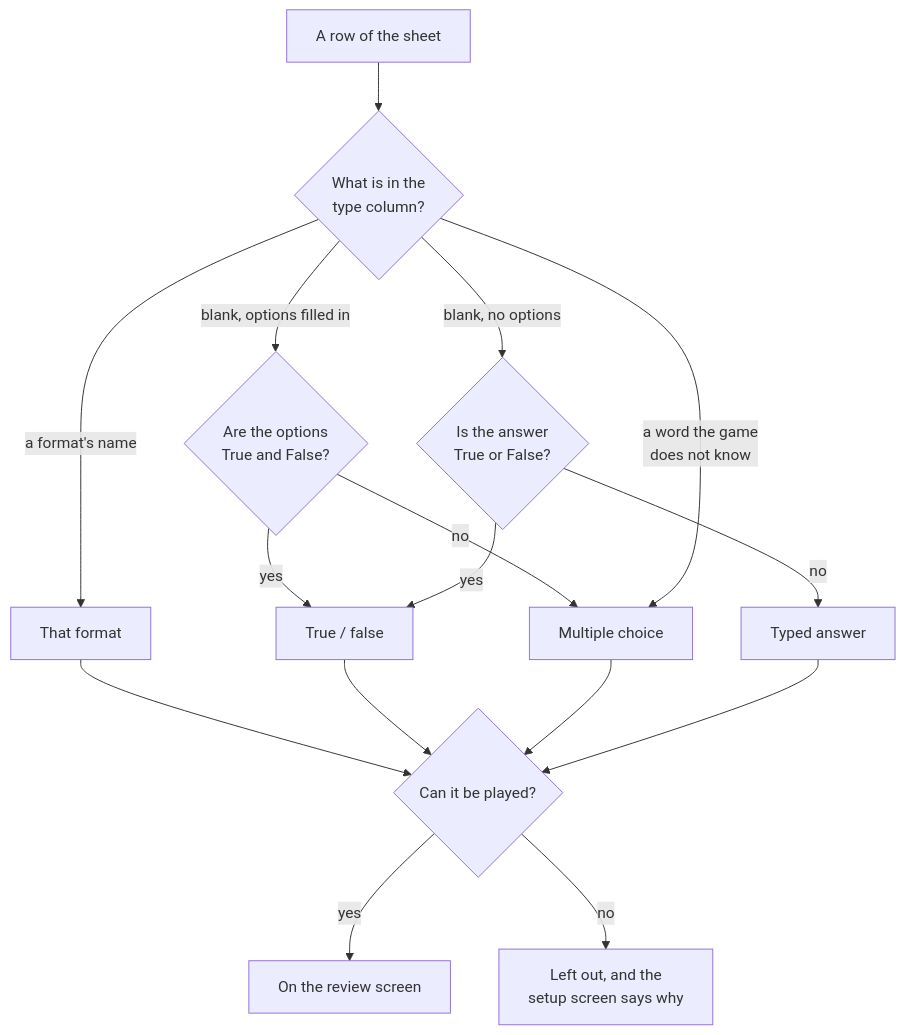
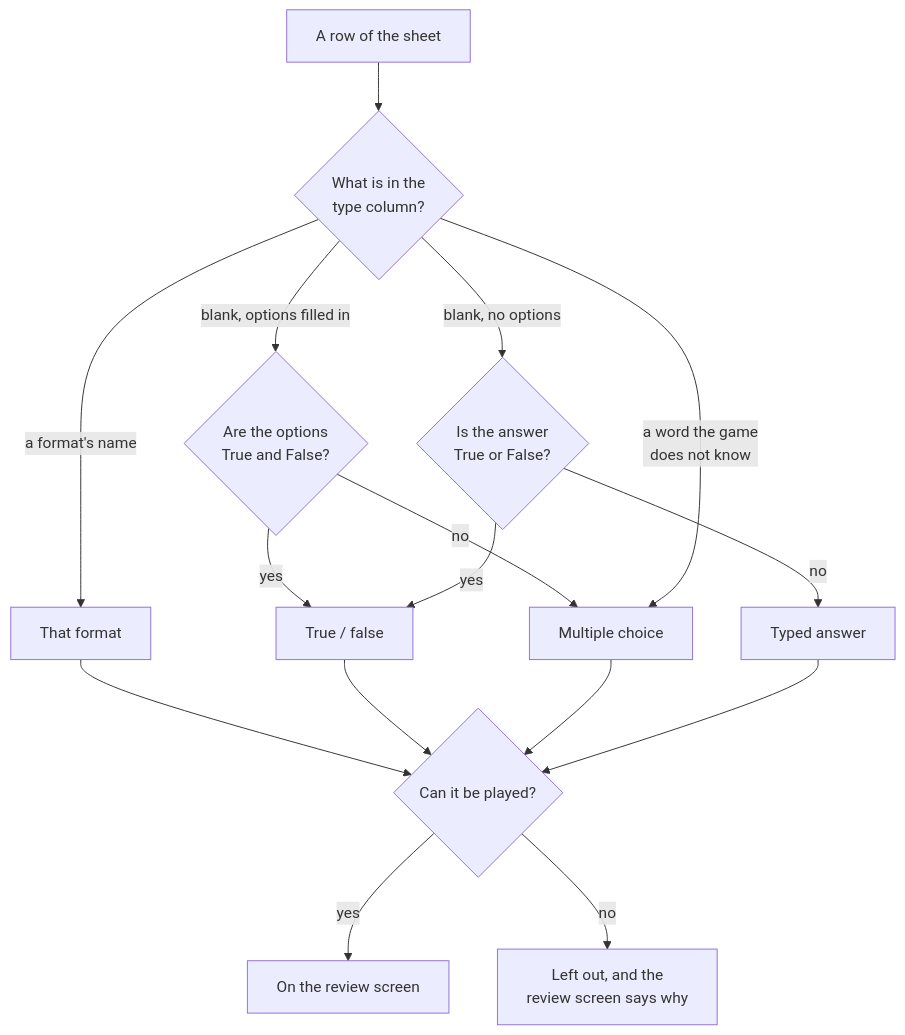
Before and after one commit to OmniFlexFitness/OmniTrivia: the first of 2 diagrams in QUESTION_FORMAT.md, drawn with Mermaid. The commit also changed other lines of this file and 1 other file, not shown here.

````diff
--- a/QUESTION_FORMAT.md
+++ b/QUESTION_FORMAT.md
@@ -120,15 +120,15 @@
 ```mermaid
 flowchart TD
     row["A row of the sheet"] --> type{"What is in the<br>type column?"}
     type -->|"a format's name"| named["That format"]
     type -->|"blank, options filled in"| tfOptions{"Are the options<br>True and False?"}
     tfOptions -->|yes| tf["True / false"]
     tfOptions -->|no| mc["Multiple choice"]
     type -->|"blank, no options"| tfAnswer{"Is the answer<br>True or False?"}
     tfAnswer -->|yes| tf
     tfAnswer -->|no| typed["Typed answer"]
     type -->|"a word the game<br>does not know"| mc
     named & tf & mc & typed --> check{"Can it be played?"}
     check -->|yes| review["On the review screen"]
-    check -->|no| out["Left out, and the<br>setup screen says why"]
+    check -->|no| out["Left out, and the<br>review screen says why"]
 ```
````
